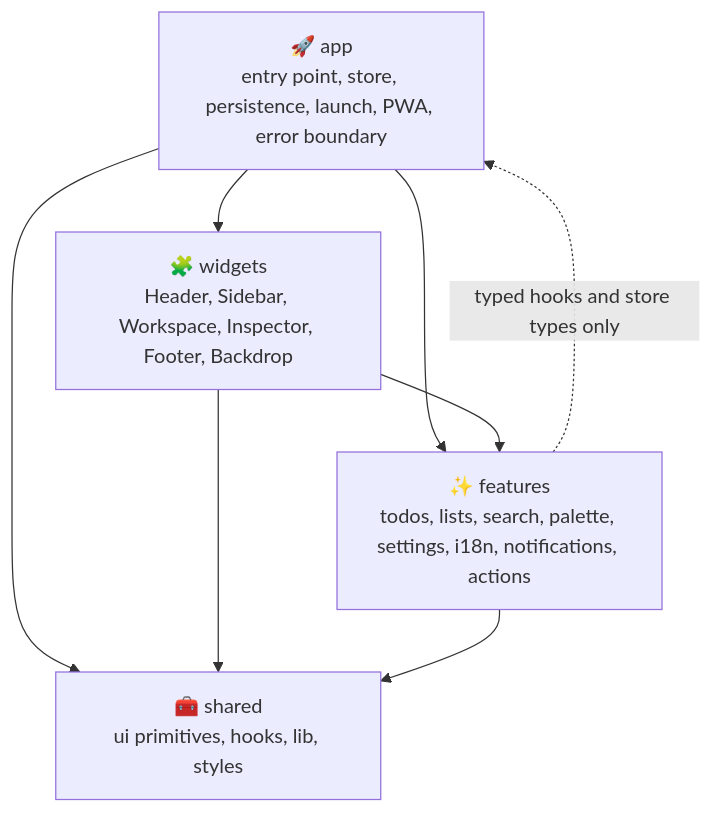
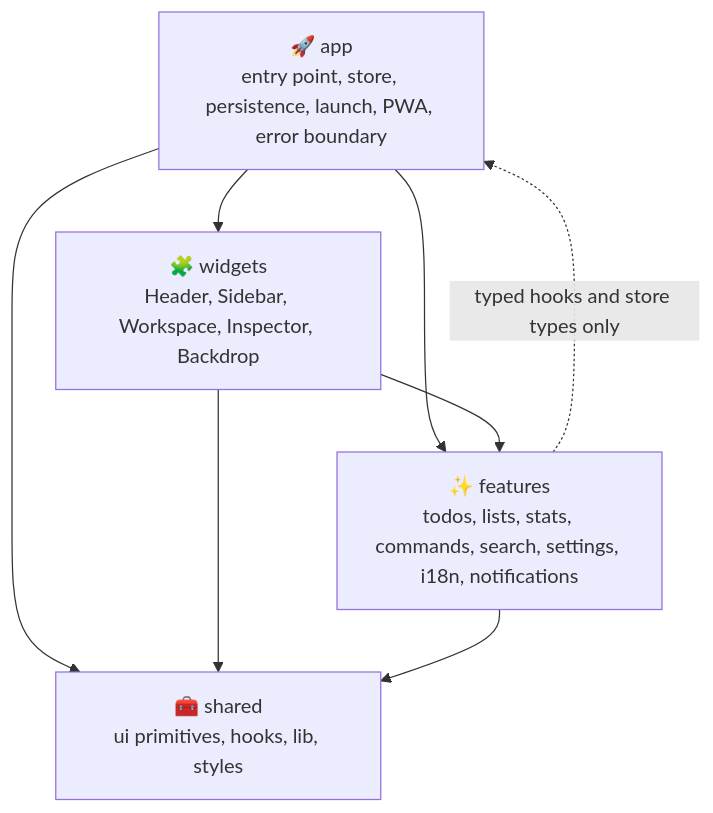
One commit to sacrificed666/react-todo-app changed the first of 9 diagrams in docs/architecture.md. Above: the diagram before and after it, drawn with Mermaid. The commit also changed other lines of this file and 96 other files, not shown here.

````diff
--- a/docs/architecture.md
+++ b/docs/architecture.md
@@ -20,15 +20,15 @@
 ```mermaid
 flowchart TB
   app["🚀 app<br/>entry point, store, persistence, launch, PWA, error boundary"]
-  widgets["🧩 widgets<br/>Header, Sidebar, Workspace, Inspector, Footer, Backdrop"]
-  features["✨ features<br/>todos, lists, search, palette, settings, i18n, notifications, actions"]
+  widgets["🧩 widgets<br/>Header, Sidebar, Workspace, Inspector, Backdrop"]
+  features["✨ features<br/>todos, lists, stats, commands, search, settings, i18n, notifications"]
   shared["🧰 shared<br/>ui primitives, hooks, lib, styles"]
 
   app --> widgets
   app --> features
   app --> shared
   widgets --> features
   widgets --> shared
   features --> shared
   features -. "typed hooks and store types only" .-> app
 ```
````
